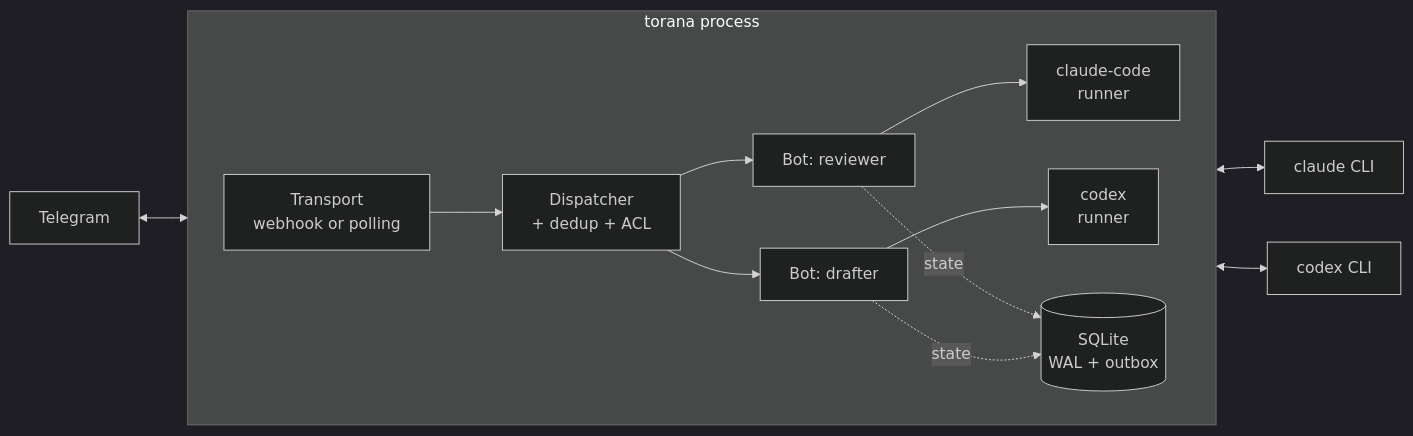
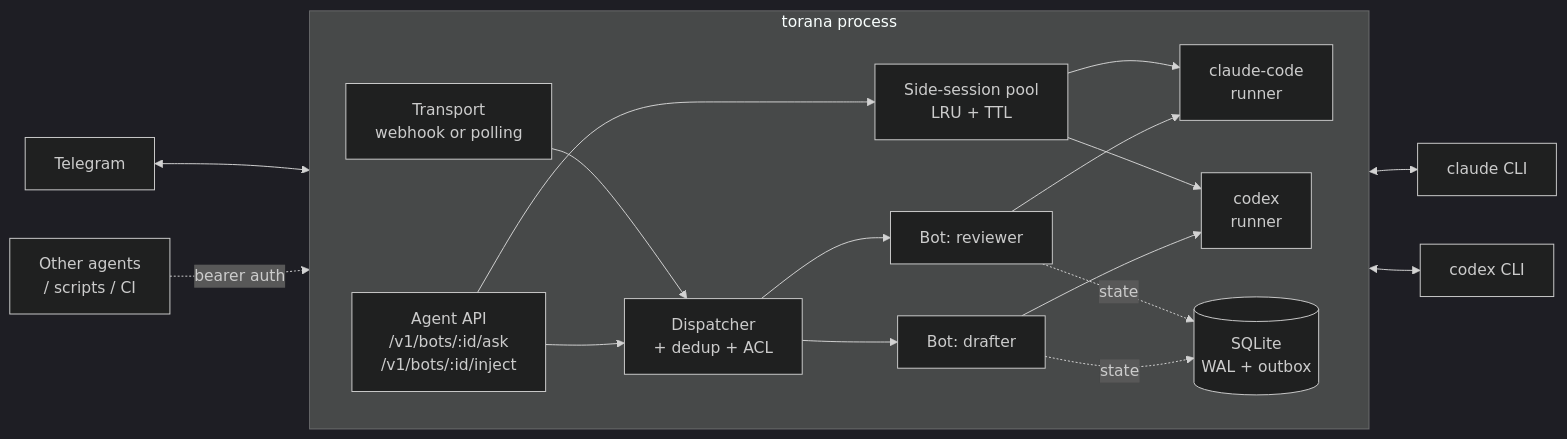
One commit to jvbutterfield/torana changed the diagram in README.md. Above: the diagram before and after it, drawn with Mermaid (dark theme). The commit also changed other lines of this file and 182 other files, not shown here.

First line of the commit message:
rc.5: Agent API v1 — /v1/* + side-session pool + CLI + skills

````diff
--- a/README.md
+++ b/README.md
@@ -104,22 +134,30 @@
 ```mermaid
 flowchart LR
     TG[Telegram]
+    AG[Other agents<br/>/ scripts / CI]
     subgraph torana[torana process]
       direction LR
       T[Transport<br/>webhook or polling]
+      A[Agent API<br/>/v1/bots/:id/ask<br/>/v1/bots/:id/inject]
       D[Dispatcher<br/>+ dedup + ACL]
+      P[Side-session pool<br/>LRU + TTL]
       B1[Bot: reviewer]
       B2[Bot: drafter]
       R1[claude-code<br/>runner]
       R2[codex<br/>runner]
       DB[(SQLite<br/>WAL + outbox)]
       T --> D
+      A --> D
+      A --> P
+      P --> R1
+      P --> R2
       D --> B1 --> R1
       D --> B2 --> R2
       B1 -.state.-> DB
       B2 -.state.-> DB
     end
     TG <--> T
+    AG -. bearer auth .-> A
     R1 <--> CC[claude CLI]
     R2 <--> CX[codex CLI]
 ```
````
